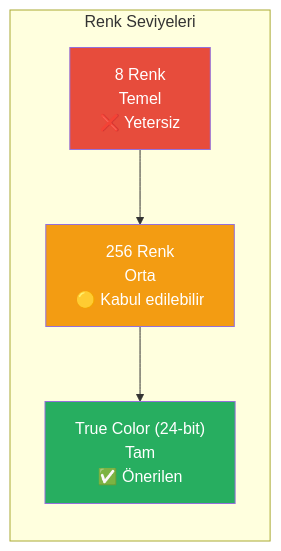
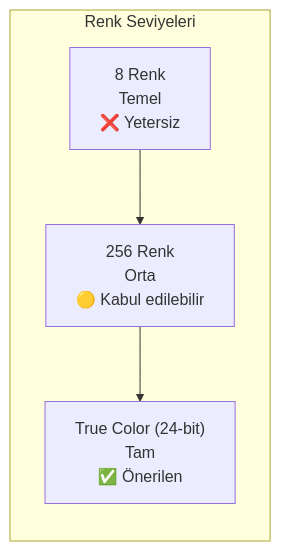
One commit to IzzetYasinAtes/ClaudeCodeHandbook changed the third of 5 diagrams in 17-konfigurasyon/08-terminal-optimizasyonu.md. Above: the diagram before and after it, drawn with Mermaid. The commit also changed other lines of this file and 97 other files, not shown here.

Commit message:
Remove all custom Mermaid style/fill colors from 98 markdown files for consistent dark theme rendering

````diff
--- a/17-konfigurasyon/08-terminal-optimizasyonu.md
+++ b/17-konfigurasyon/08-terminal-optimizasyonu.md
@@ -180,14 +174,11 @@
 ```mermaid
 flowchart LR
     subgraph levels ["Renk Seviyeleri"]
         L1["8 Renk<br/>Temel<br/>❌ Yetersiz"]
         L2["256 Renk<br/>Orta<br/>🟡 Kabul edilebilir"]
         L3["True Color (24-bit)<br/>Tam<br/>✅ Önerilen"]
     end
 
     L1 --> L2 --> L3
 
-    style L1 fill:#E74C3C,color:#fff
-    style L2 fill:#F39C12,color:#fff
-    style L3 fill:#27AE60,color:#fff
 ```
````
